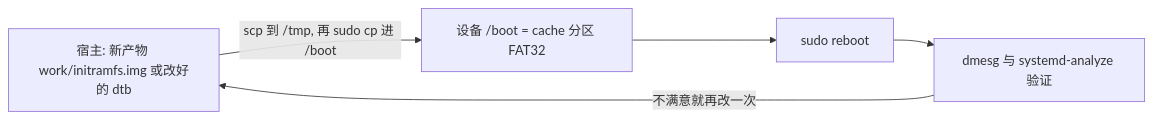
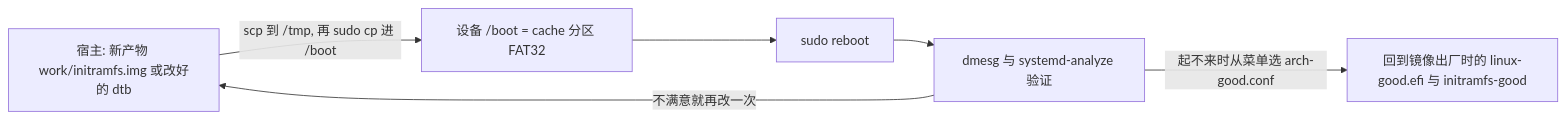
The third of 3 diagrams in openwiki/architecture/boot-chain-and-image-layout.md (Winter21c/archlinux-xiaomi-raphael), drawn with Mermaid before and after one commit. The commit also changed other lines of this file and 12 other files, not shown here.

````diff
--- a/openwiki/architecture/boot-chain-and-image-layout.md
+++ b/openwiki/architecture/boot-chain-and-image-layout.md
@@ -236,7 +263,8 @@
 ```mermaid
 flowchart LR
   H["宿主: 新产物 work/initramfs.img 或改好的 dtb"] -->|"scp 到 /tmp, 再 sudo cp 进 /boot"| B["设备 /boot = cache 分区 FAT32"]
   B --> R["sudo reboot"]
   R --> V["dmesg 与 systemd-analyze 验证"]
   V -->|"不满意就再改一次"| H
+  V -->|"起不来时从菜单选 arch-good.conf"| G["回到镜像出厂时的 linux-good.efi 与 initramfs-good"]
 ```
````
